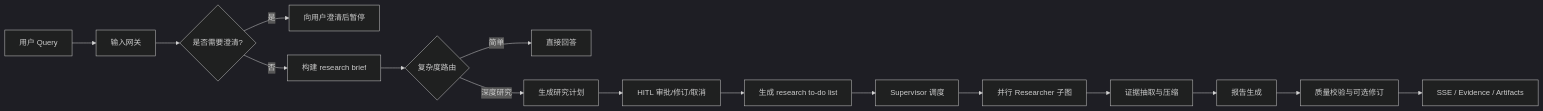
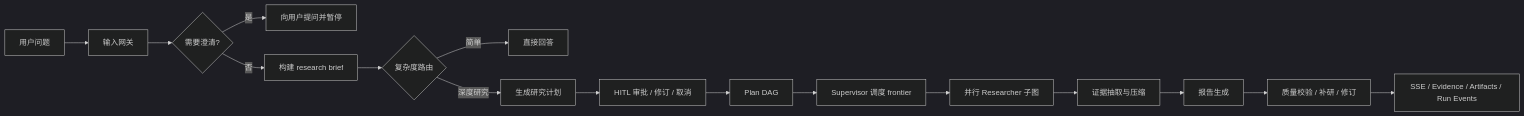
Before and after one commit to LittleSongxx/SoulSearcher: the first of 5 diagrams in README.md, drawn with Mermaid (dark theme). The commit also changed other lines of this file and 50 other files, not shown here.

Commit message:
Integrate plan DAG and run events on remote base

````diff
--- a/README.md
+++ b/README.md
@@ -17,18 +23,18 @@
 ```mermaid
 flowchart LR
-    U["用户 Query"] --> G["输入网关"]
-    G --> C{"是否需要澄清?"}
-    C -->|是| Q["向用户澄清后暂停"]
+    U["用户问题"] --> G["输入网关"]
+    G --> C{"需要澄清?"}
+    C -->|是| Q["向用户提问并暂停"]
     C -->|否| B["构建 research brief"]
     B --> R{"复杂度路由"}
-    R -->|简单| D["直接回答"]
+    R -->|简单| A["直接回答"]
     R -->|深度研究| P["生成研究计划"]
-    P --> H["HITL 审批/修订/取消"]
-    H --> T["生成 research to-do list"]
-    T --> S["Supervisor 调度"]
+    P --> H["HITL 审批 / 修订 / 取消"]
+    H --> DAG["Plan DAG"]
+    DAG --> S["Supervisor 调度 frontier"]
     S --> W["并行 Researcher 子图"]
     W --> E["证据抽取与压缩"]
     E --> F["报告生成"]
-    F --> V["质量校验与可选修订"]
-    V --> O["SSE / Evidence / Artifacts"]
+    F --> V["质量校验 / 补研 / 修订"]
+    V --> O["SSE / Evidence / Artifacts / Run Events"]
 ```
````
